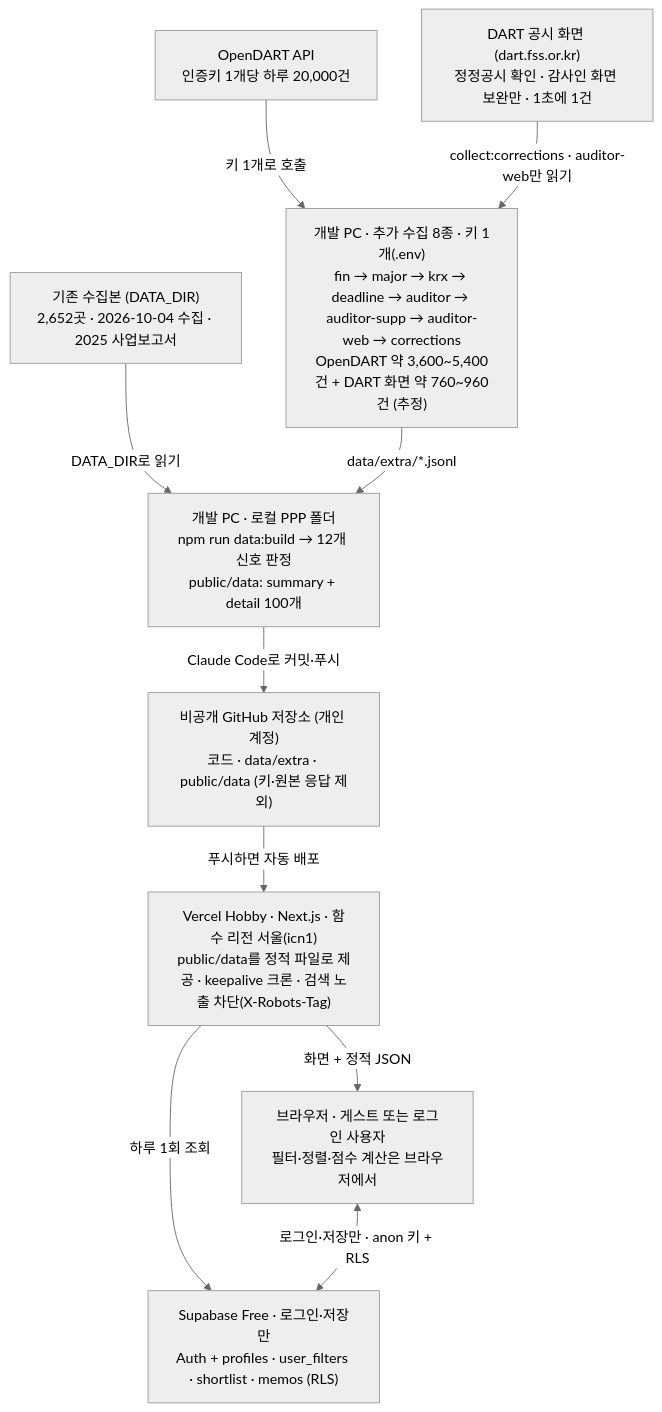
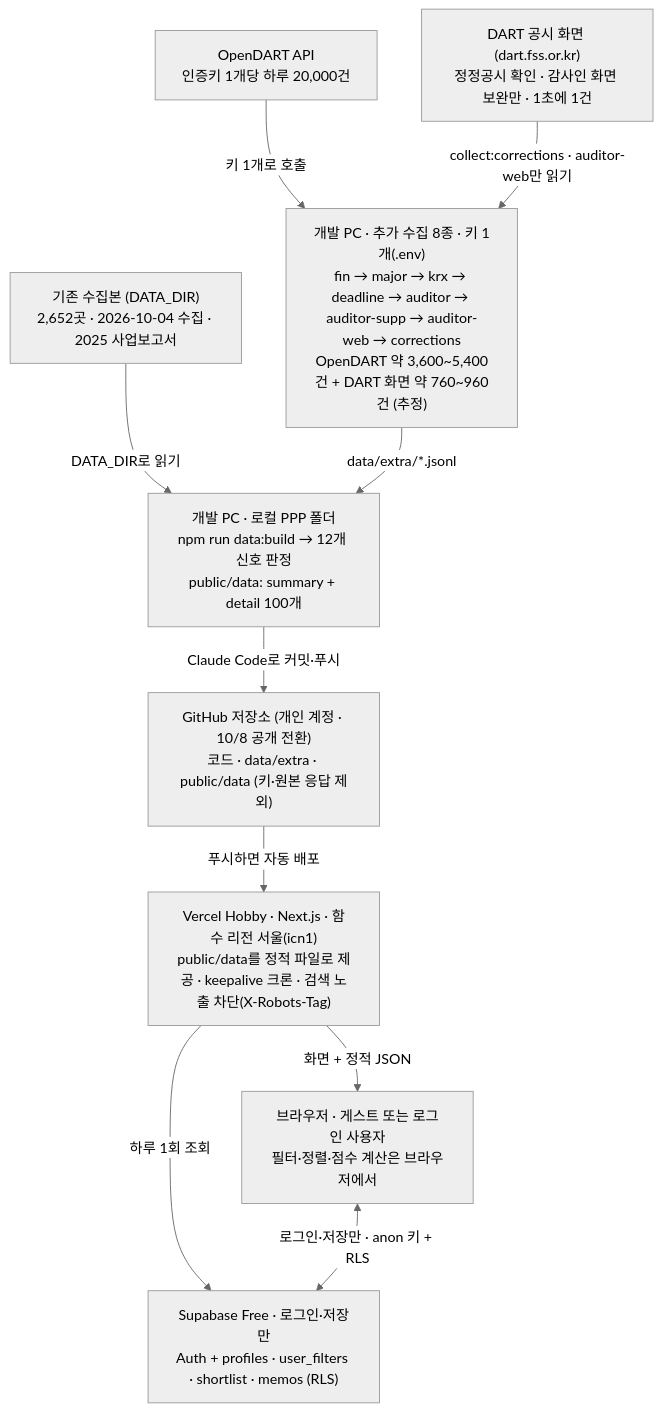
Before and after one commit to YTS-12/PPP-PWC-PA-PARTNER-: the diagram in docs/design.md, drawn with Mermaid (neutral theme). The commit also changed other lines of this file and 1 other file, not shown here.

Commit message:
문서: GitHub 저장소 공개 전환(10/8) 반영, 참고용 Claude Artifact 링크 추가

````diff
--- a/docs/design.md
+++ b/docs/design.md
@@ -44,21 +44,21 @@
 ```mermaid
 flowchart TD
   base["기존 수집본 (DATA_DIR)<br/>2,652곳 · 2026-10-04 수집 · 2025 사업보고서"]
   dart["OpenDART API<br/>인증키 1개당 하루 20,000건"]
   dweb["DART 공시 화면 (dart.fss.or.kr)<br/>정정공시 확인 · 감사인 화면 보완만 · 1초에 1건"]
   col["개발 PC · 추가 수집 8종 · 키 1개(.env)<br/>fin → major → krx → deadline → auditor → auditor-supp → auditor-web → corrections<br/>OpenDART 약 3,600~5,400건 + DART 화면 약 760~960건 (추정)"]
   dev["개발 PC · 로컬 PPP 폴더<br/>npm run data:build → 12개 신호 판정<br/>public/data: summary + detail 100개"]
-  gh["비공개 GitHub 저장소 (개인 계정)<br/>코드 · data/extra · public/data (키·원본 응답 제외)"]
+  gh["GitHub 저장소 (개인 계정 · 10/8 공개 전환)<br/>코드 · data/extra · public/data (키·원본 응답 제외)"]
   vc["Vercel Hobby · Next.js · 함수 리전 서울(icn1)<br/>public/data를 정적 파일로 제공 · keepalive 크론 · 검색 노출 차단(X-Robots-Tag)"]
   sb["Supabase Free · 로그인·저장만<br/>Auth + profiles · user_filters · shortlist · memos (RLS)"]
   br["브라우저 · 게스트 또는 로그인 사용자<br/>필터·정렬·점수 계산은 브라우저에서"]
   base -->|DATA_DIR로 읽기| dev
   dart -->|키 1개로 호출| col
   dweb -->|collect:corrections · auditor-web만 읽기| col
   col -->|data/extra/*.jsonl| dev
   dev -->|Claude Code로 커밋·푸시| gh
   gh -->|푸시하면 자동 배포| vc
   vc -->|하루 1회 조회| sb
   vc -->|화면 + 정적 JSON| br
   br <-->|로그인·저장만 · anon 키 + RLS| sb
 ```
````
